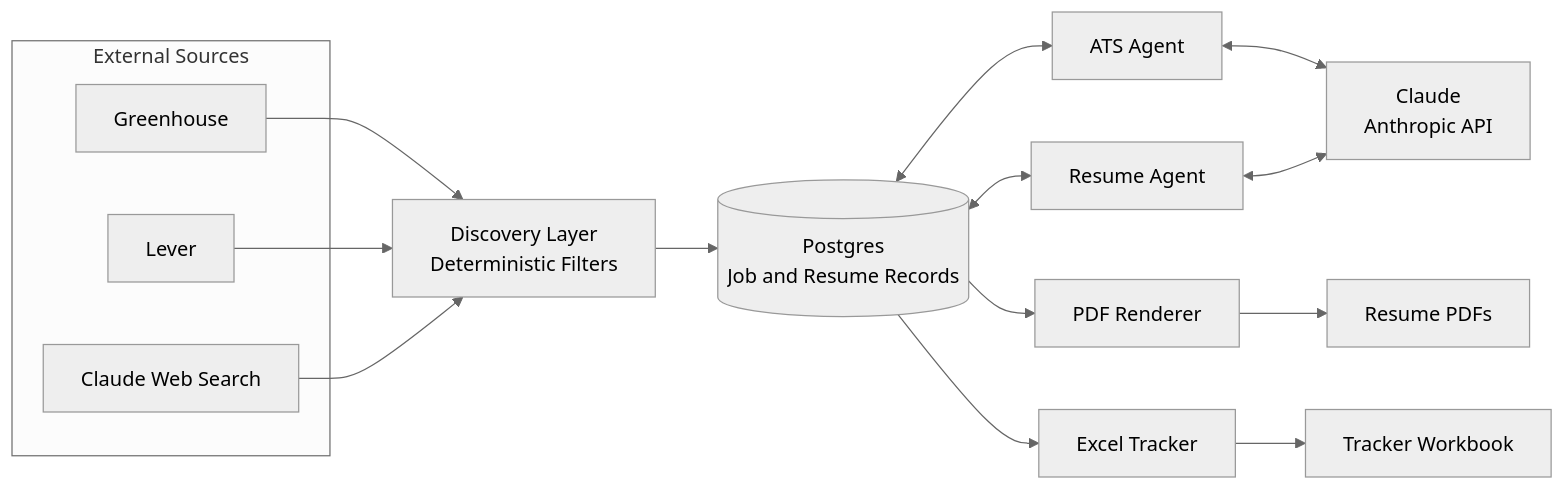
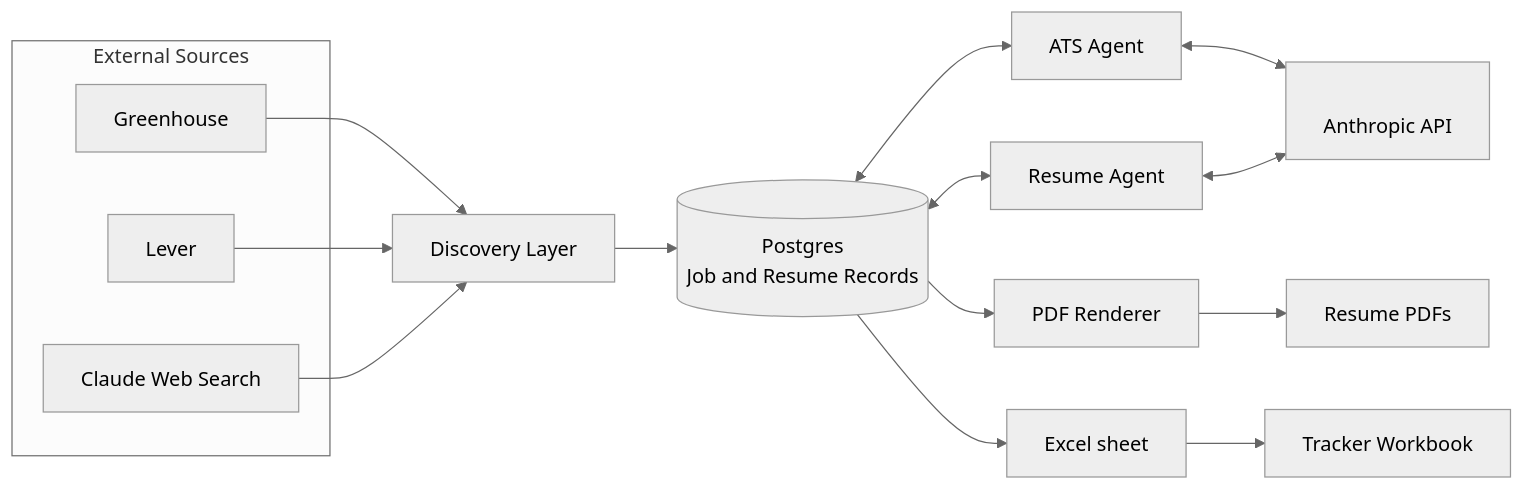
One commit to savsuth/Jobify changed the first of 2 diagrams in README.md. Above: the diagram before and after it, drawn with Mermaid (neutral theme).

````diff
--- a/README.md
+++ b/README.md
@@ -102,31 +102,31 @@
 ```mermaid
 flowchart LR
     subgraph EXT["External Sources"]
         GH["Greenhouse"]
         LV["Lever"]
         WS["Claude Web Search"]
     end
 
-    DISC["Discovery Layer<br/>Deterministic Filters"]
+    DISC["Discovery Layer"]
     DB[("Postgres<br/>Job and Resume Records")]
     ATS["ATS Agent"]
     RES["Resume Agent"]
-    CLAUDE["Claude<br/>Anthropic API"]
+    CLAUDE["<br/>Anthropic API"]
     PDFR["PDF Renderer"]
-    XLS["Excel Tracker"]
+    XLS["Excel sheet"]
     OUT1["Resume PDFs"]
     OUT2["Tracker Workbook"]
 
     GH --> DISC
     LV --> DISC
     WS --> DISC
     DISC --> DB
     DB <--> ATS
     DB <--> RES
     ATS <--> CLAUDE
     RES <--> CLAUDE
     DB --> PDFR
     DB --> XLS
     PDFR --> OUT1
     XLS --> OUT2
 ```
````
